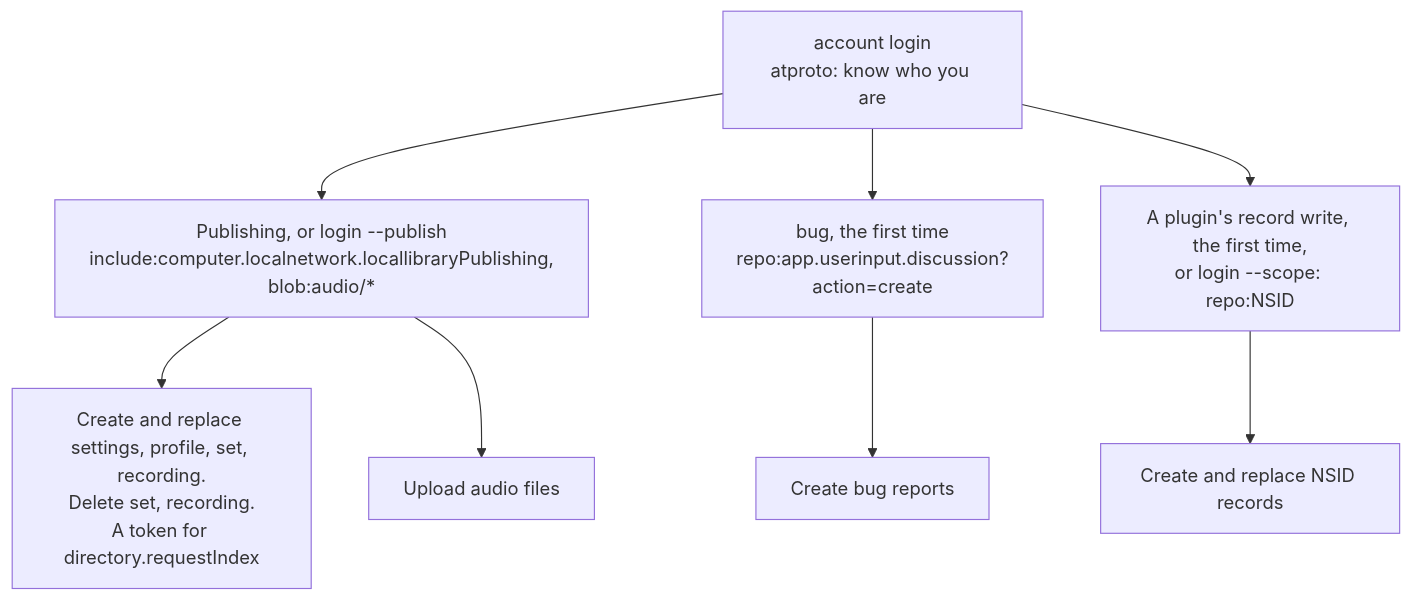
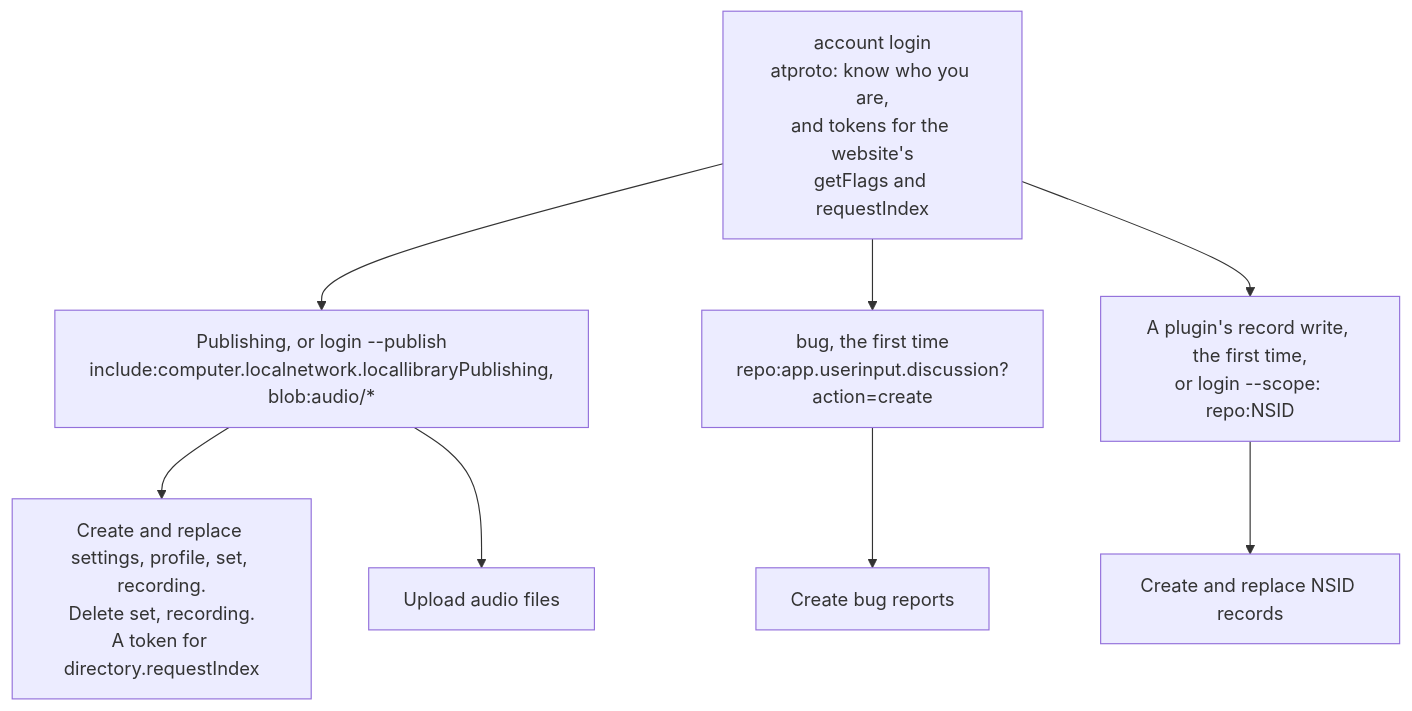
One commit to cutenode/localnetwork changed the third of 11 diagrams in apps/locallibrary/docs/diagrams/accounts.md. Above: the diagram before and after it, drawn with Mermaid. The commit also changed 42 other files, not shown here.

First line of the commit message:
feat(locallibrary): see the same feature flags as the website

````diff
--- a/apps/locallibrary/docs/diagrams/accounts.md
+++ b/apps/locallibrary/docs/diagrams/accounts.md
@@ -78,10 +78,10 @@
 ```mermaid
 flowchart TD
-    plain["account login<br/>atproto: know who you are"] --> publish["Publishing, or login --publish<br/>include:computer.localnetwork.locallibraryPublishing,<br/>blob:audio/*"]
+    plain["account login<br/>atproto: know who you are,<br/>and tokens for the website's<br/>getFlags and requestIndex"] --> publish["Publishing, or login --publish<br/>include:computer.localnetwork.locallibraryPublishing,<br/>blob:audio/*"]
     plain --> report["bug, the first time<br/>repo:app.userinput.discussion?action=create"]
     plain --> plugin["A plugin's record write, the first time,<br/>or login --scope: repo:NSID"]
     publish --> records["Create and replace settings, profile, set, recording.<br/>Delete set, recording.<br/>A token for directory.requestIndex"]
     publish --> upload["Upload audio files"]
     report --> discussion["Create bug reports"]
     plugin --> written["Create and replace NSID records"]
 ```
````
